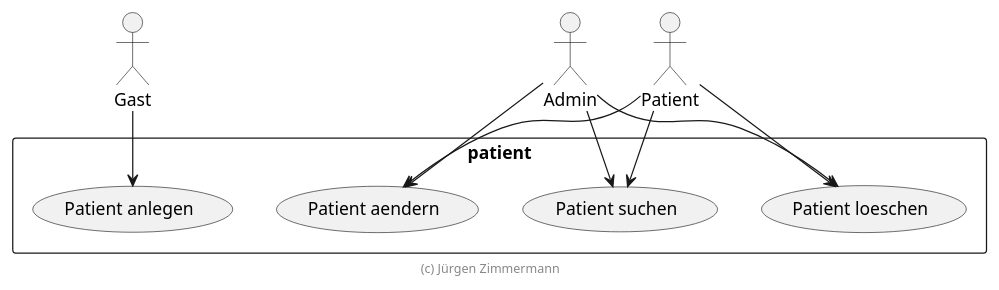
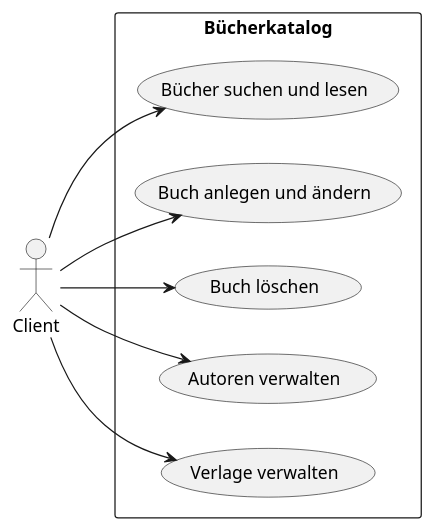
One commit to msgoleli/fastapi changed the diagram in docs/diagramme/src/use-cases.plantuml. Above: the diagram before and after it, drawn with PlantUML. The commit also changed other lines of this file and 254 other files, not shown here.

```diff
--- a/docs/diagramme/src/use-cases.plantuml
+++ b/docs/diagramme/src/use-cases.plantuml
@@ -18,19 +1,11 @@
 @startuml Use Cases
-
-actor Gast
-actor Admin
-actor Patient
-
-rectangle patient {
-    Gast --> (Patient anlegen)
-    Admin --> (Patient suchen)
-    Admin --> (Patient aendern)
-    Admin --> (Patient loeschen)
-    Patient --> (Patient suchen)
-    Patient --> (Patient aendern)
-    Patient --> (Patient loeschen)
+left to right direction
+actor Client
+rectangle "Bücherkatalog" {
+  Client --> (Bücher suchen und lesen)
+  Client --> (Buch anlegen und ändern)
+  Client --> (Buch löschen)
+  Client --> (Autoren verwalten)
+  Client --> (Verlage verwalten)
 }
-
-footer (c) Jürgen Zimmermann
-
 @enduml
```
